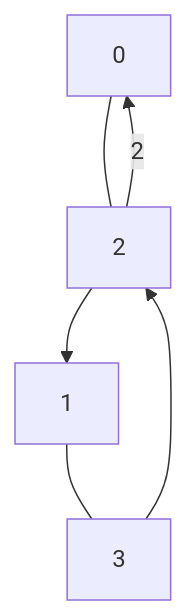
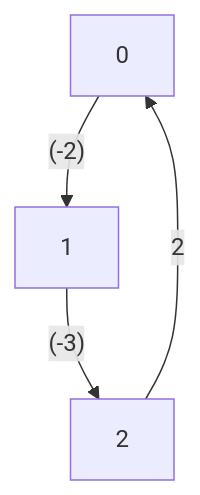
The fifth of 5 diagrams in README.md (Rahul10Saha/Graphs_basics), drawn with Mermaid before and after one commit.

````diff
--- a/README.md
+++ b/README.md
@@ -438,6 +438,6 @@
  ```mermaid
 graph TD;
-    0---2-->1;
-    1---3-->2;
+    0--(-2)-->1;
+    1--(-3)-->2;
     2--2-->0;
 ```
````
